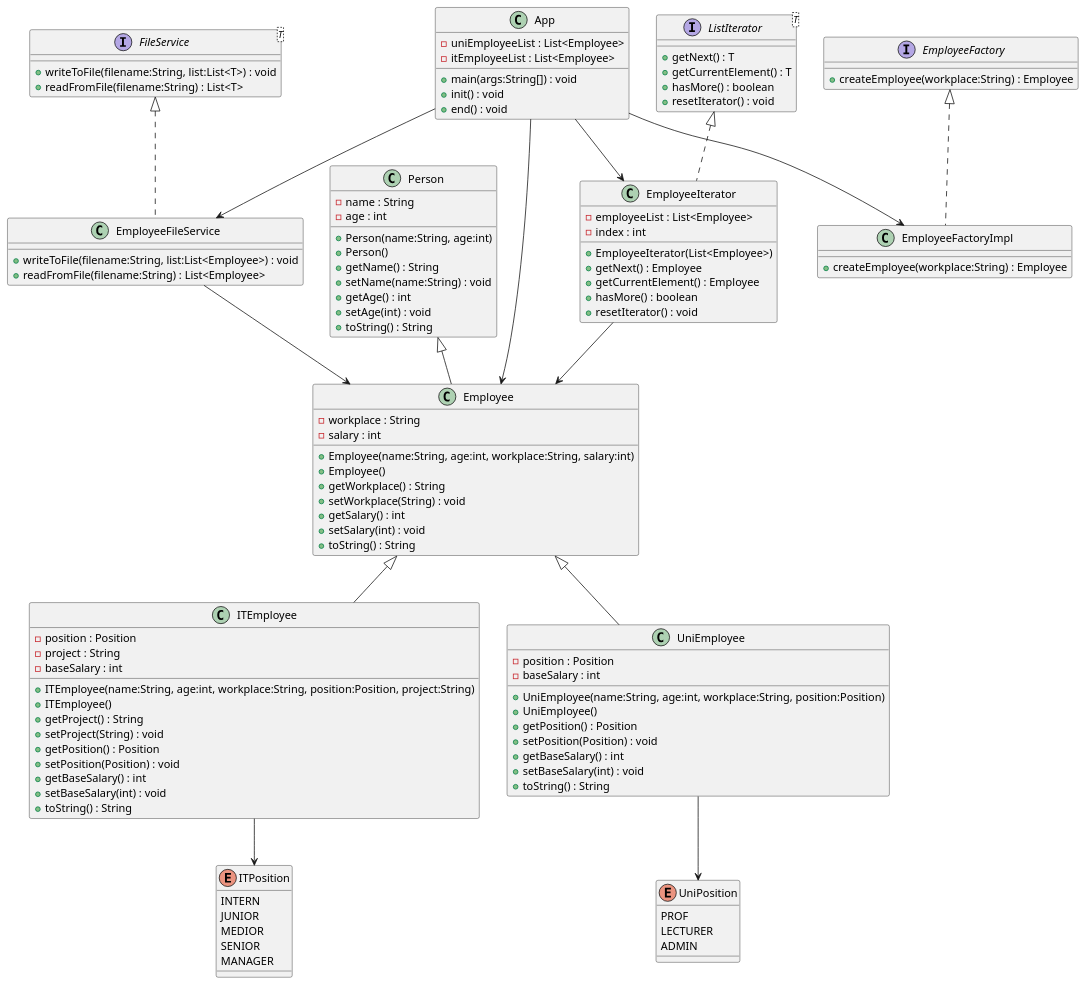
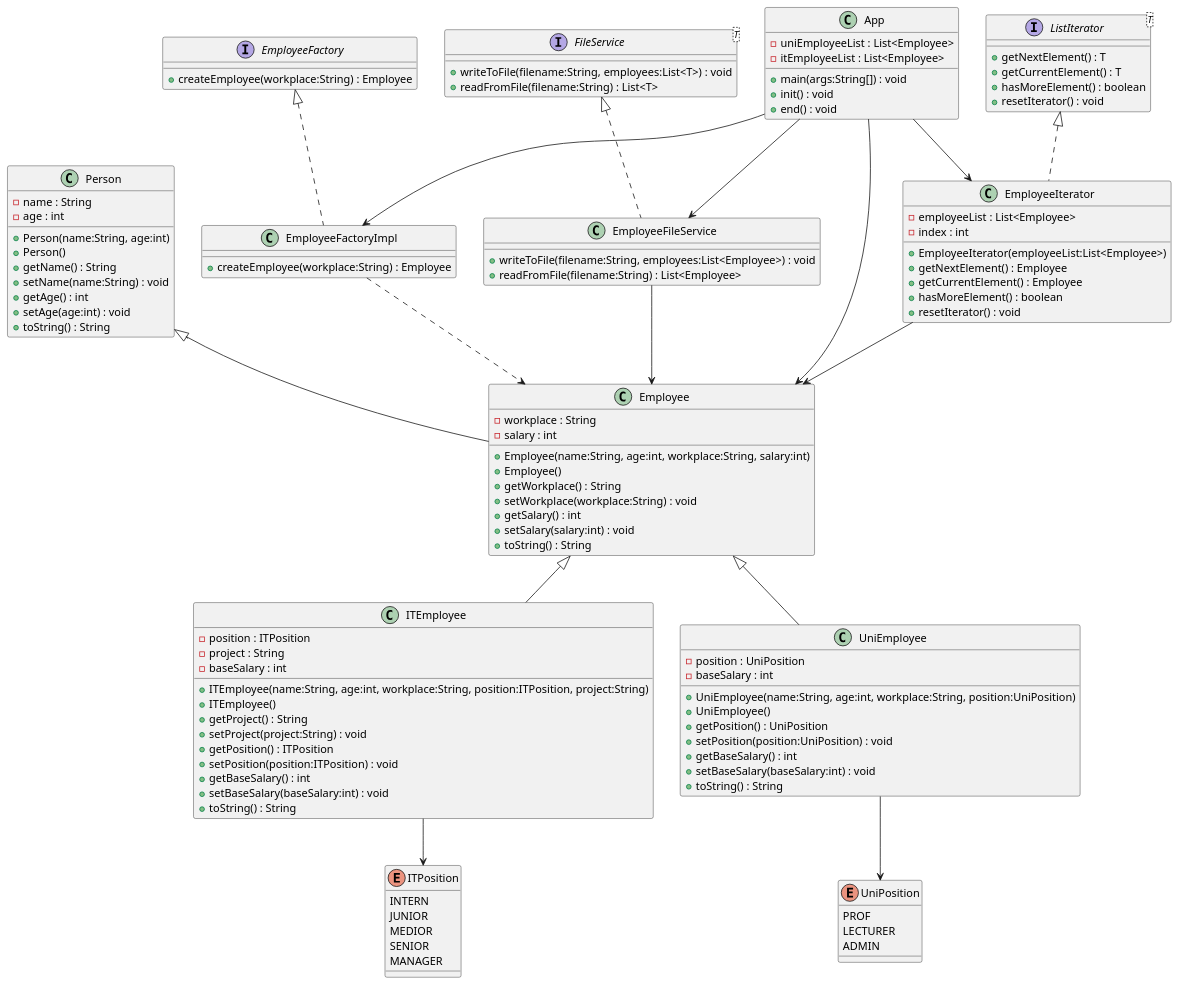
One commit to Ddavid111/employee-management-system changed the diagram in docs/classdiagram.puml. Above: the diagram before and after it, drawn with PlantUML. The commit also changed 8 other files, not shown here.

```diff
--- a/docs/classdiagram.puml
+++ b/docs/classdiagram.puml
@@ -1,135 +1,136 @@
 @startuml
-
 ' ====== Alap osztály ======
 class Person {
   - name : String
   - age : int
   + Person(name:String, age:int)
   + Person()
   + getName() : String
   + setName(name:String) : void
   + getAge() : int
-  + setAge(int) : void
+  + setAge(age:int) : void
   + toString() : String
 }
 
 ' ====== Employee és leszármazottai ======
 class Employee {
   - workplace : String
   - salary : int
   + Employee(name:String, age:int, workplace:String, salary:int)
   + Employee()
   + getWorkplace() : String
-  + setWorkplace(String) : void
+  + setWorkplace(workplace:String) : void
   + getSalary() : int
-  + setSalary(int) : void
+  + setSalary(salary:int) : void
   + toString() : String
 }
 
 class ITEmployee {
-  - position : Position
+  - position : ITPosition
   - project : String
   - baseSalary : int
-  + ITEmployee(name:String, age:int, workplace:String, position:Position, project:String)
+  + ITEmployee(name:String, age:int, workplace:String, position:ITPosition, project:String)
   + ITEmployee()
   + getProject() : String
-  + setProject(String) : void
-  + getPosition() : Position
-  + setPosition(Position) : void
+  + setProject(project:String) : void
+  + getPosition() : ITPosition
+  + setPosition(position:ITPosition) : void
   + getBaseSalary() : int
-  + setBaseSalary(int) : void
+  + setBaseSalary(baseSalary:int) : void
   + toString() : String
 }
 
 class UniEmployee {
-  - position : Position
+  - position : UniPosition
   - baseSalary : int
-  + UniEmployee(name:String, age:int, workplace:String, position:Position)
+  + UniEmployee(name:String, age:int, workplace:String, position:UniPosition)
   + UniEmployee()
-  + getPosition() : Position
-  + setPosition(Position) : void
+  + getPosition() : UniPosition
+  + setPosition(position:UniPosition) : void
   + getBaseSalary() : int
-  + setBaseSalary(int) : void
+  + setBaseSalary(baseSalary:int) : void
   + toString() : String
 }
 
+' ====== Enum típusok ======
 enum ITPosition {
   INTERN
   JUNIOR
   MEDIOR
   SENIOR
   MANAGER
 }
 
 enum UniPosition {
   PROF
   LECTURER
   ADMIN
 }
 
 Person <|-- Employee
 Employee <|-- ITEmployee
 Employee <|-- UniEmployee
 ITEmployee --> ITPosition
 UniEmployee --> UniPosition
 
 ' ====== Factory Pattern ======
 interface EmployeeFactory {
   + createEmployee(workplace:String) : Employee
 }
 
 class EmployeeFactoryImpl {
   + createEmployee(workplace:String) : Employee
 }
 
 EmployeeFactory <|.. EmployeeFactoryImpl
+EmployeeFactoryImpl ..> Employee
 
 ' ====== FileService + Implementáció ======
 interface FileService<T> {
-  + writeToFile(filename:String, list:List<T>) : void
+  + writeToFile(filename:String, employees:List<T>) : void
   + readFromFile(filename:String) : List<T>
 }
 
 class EmployeeFileService {
-  + writeToFile(filename:String, list:List<Employee>) : void
+  + writeToFile(filename:String, employees:List<Employee>) : void
   + readFromFile(filename:String) : List<Employee>
 }
 
 FileService <|.. EmployeeFileService
 EmployeeFileService --> Employee
 
 ' ====== Iterator Pattern ======
 interface ListIterator<T> {
-  + getNext() : T
+  + getNextElement() : T
   + getCurrentElement() : T
-  + hasMore() : boolean
+  + hasMoreElement() : boolean
   + resetIterator() : void
 }
 
 class EmployeeIterator {
   - employeeList : List<Employee>
   - index : int
-  + EmployeeIterator(List<Employee>)
-  + getNext() : Employee
+  + EmployeeIterator(employeeList:List<Employee>)
+  + getNextElement() : Employee
   + getCurrentElement() : Employee
-  + hasMore() : boolean
+  + hasMoreElement() : boolean
   + resetIterator() : void
 }
 
 ListIterator <|.. EmployeeIterator
 EmployeeIterator --> Employee
 
 ' ====== Főprogram ======
 class App {
   - uniEmployeeList : List<Employee>
   - itEmployeeList : List<Employee>
   + main(args:String[]) : void
   + init() : void
   + end() : void
 }
 
 App --> EmployeeFileService
 App --> EmployeeIterator
 App --> EmployeeFactoryImpl
 App --> Employee
 @enduml
```
